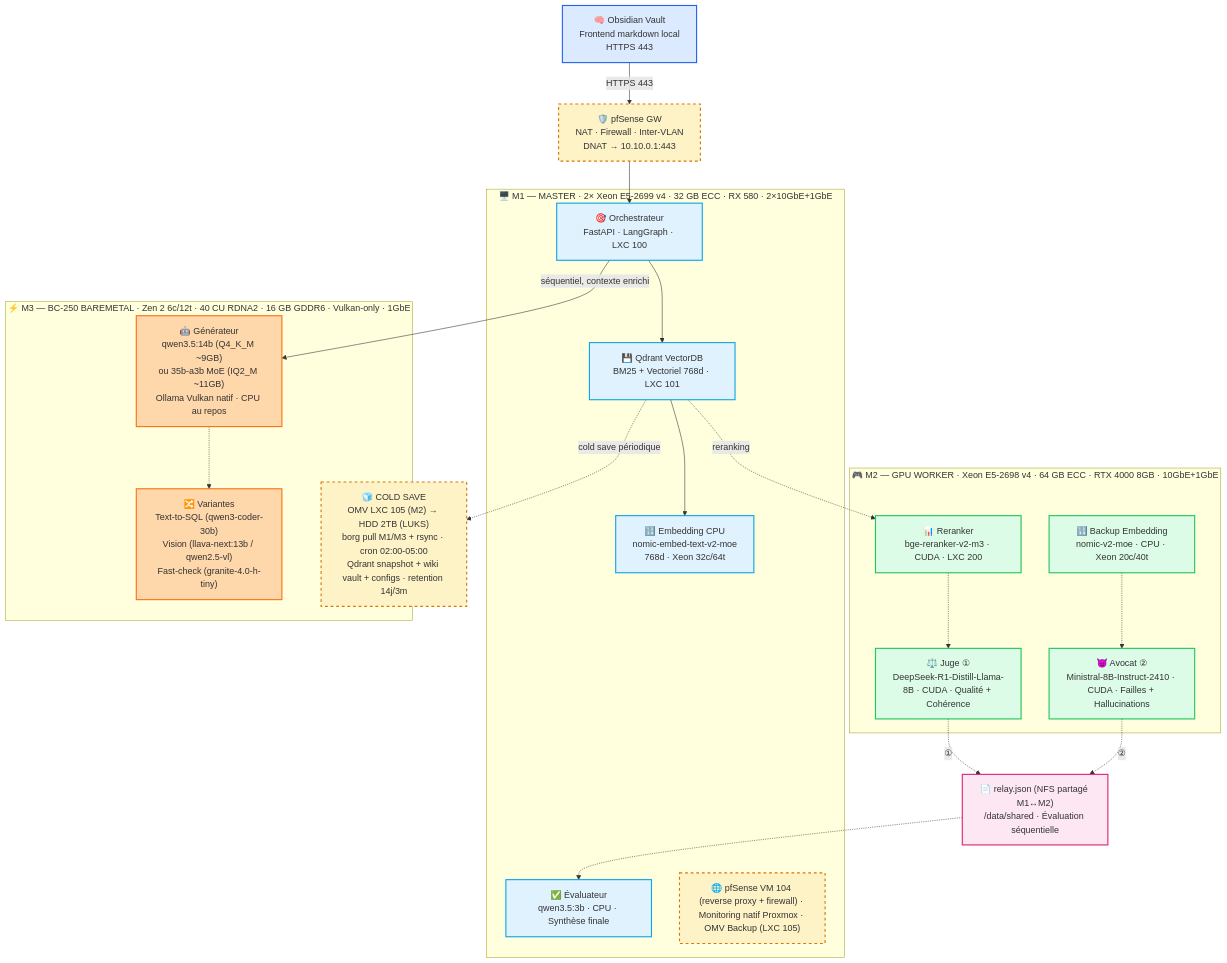
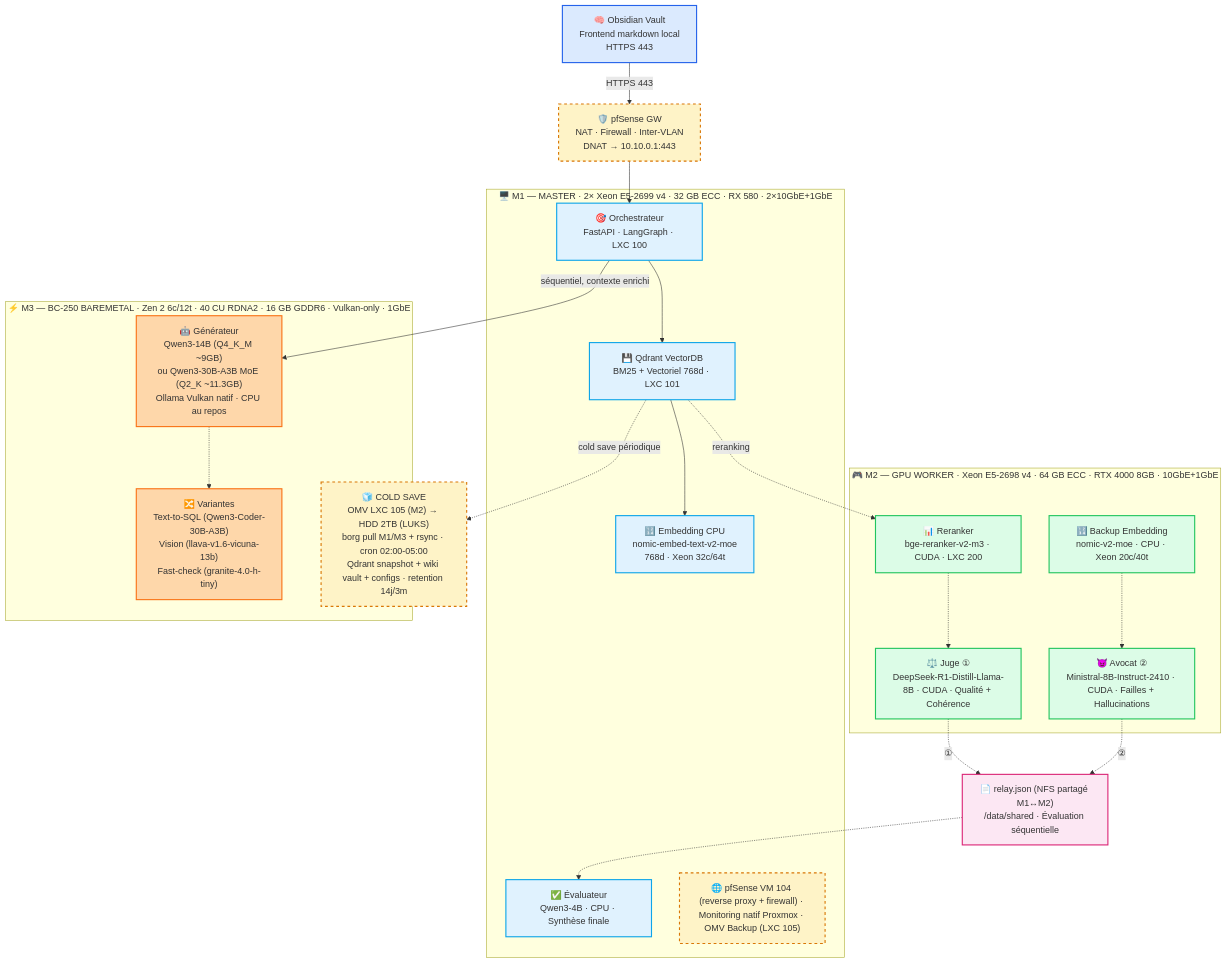
The diagram in docs/diagrams/01-cluster-overview.md (chelmooz/rag-multi-agent-cluster), drawn with Mermaid before and after one commit. The commit also changed 12 other files, not shown here.

Commit message:
C4.2: extension HF à tous les modèles — settings.py, .env, Mermaid, backlog, BRIEF §8, ROADMAP

````diff
--- a/docs/diagrams/01-cluster-overview.md
+++ b/docs/diagrams/01-cluster-overview.md
@@ -1,51 +1,51 @@
 ```mermaid
 flowchart TB
     classDef frontend fill:#dbeafe,stroke:#2563eb,stroke-width:2px
     classDef m1 fill:#e0f2fe,stroke:#0ea5e9,stroke-width:2px
     classDef m2 fill:#dcfce7,stroke:#22c55e,stroke-width:2px
     classDef m3 fill:#fed7aa,stroke:#f97316,stroke-width:2px
     classDef relay fill:#fce7f3,stroke:#db2777,stroke-width:2px
     classDef backup fill:#fef3c7,stroke:#d97706,stroke-width:2px,stroke-dasharray: 5 5
 
     Client["🧠 Obsidian Vault<br/>Frontend markdown local<br/>HTTPS 443"]:::frontend
     GW["🛡️ pfSense GW<br/>NAT · Firewall · Inter-VLAN<br/>DNAT → 10.10.0.1:443"]:::backup
 
     subgraph M1["🖥️ M1 — MASTER · 2× Xeon E5-2699 v4 · 32 GB ECC · RX 580 · 2×10GbE+1GbE"]
         Orch["🎯 Orchestrateur<br/>FastAPI · LangGraph · LXC 100"]:::m1
         Qdrant["💾 Qdrant VectorDB<br/>BM25 + Vectoriel 768d · LXC 101"]:::m1
         Embed["🔢 Embedding CPU<br/>nomic-embed-text-v2-moe<br/>768d · Xeon 32c/64t"]:::m1
-        Eval["✅ Évaluateur<br/>qwen3.5:3b · CPU · Synthèse finale"]:::m1
+        Eval["✅ Évaluateur<br/>Qwen3-4B · CPU · Synthèse finale"]:::m1
         Gate["🌐 pfSense VM 104 (reverse proxy + firewall) · Monitoring natif Proxmox · OMV Backup (LXC 105)"]:::backup
     end
 
     subgraph M2["🎮 M2 — GPU WORKER · Xeon E5-2698 v4 · 64 GB ECC · RTX 4000 8GB · 10GbE+1GbE"]
         Rerank["📊 Reranker<br/>bge-reranker-v2-m3 · CUDA · LXC 200"]:::m2
         Judge["⚖️ Juge ①<br/>DeepSeek-R1-Distill-Llama-8B · CUDA · Qualité + Cohérence"]:::m2
         Advocate["😈 Avocat ②<br/>Ministral-8B-Instruct-2410 · CUDA · Failles + Hallucinations"]:::m2
         BackupEmbed["🔢 Backup Embedding<br/>nomic-v2-moe · CPU · Xeon 20c/40t"]:::m2
     end
 
     subgraph M3["⚡ M3 — BC-250 BAREMETAL · Zen 2 6c/12t · 40 CU RDNA2 · 16 GB GDDR6 · Vulkan-only · 1GbE"]
-        Gen["🤖 Générateur<br/>qwen3.5:14b (Q4_K_M ~9GB)<br/>ou 35b-a3b MoE (IQ2_M ~11GB)<br/>Ollama Vulkan natif · CPU au repos"]:::m3
-        Variants["🔀 Variantes<br/>Text-to-SQL (qwen3-coder-30b)<br/>Vision (llava-next:13b / qwen2.5-vl)<br/>Fast-check (granite-4.0-h-tiny)"]:::m3
+        Gen["🤖 Générateur<br/>Qwen3-14B (Q4_K_M ~9GB)<br/>ou Qwen3-30B-A3B MoE (Q2_K ~11.3GB)<br/>Ollama Vulkan natif · CPU au repos"]:::m3
+        Variants["🔀 Variantes<br/>Text-to-SQL (Qwen3-Coder-30B-A3B)<br/>Vision (llava-v1.6-vicuna-13b)<br/>Fast-check (granite-4.0-h-tiny)"]:::m3
     end
 
     Relay["📄 relay.json (NFS partagé M1↔M2)<br/>/data/shared · Évaluation séquentielle"]:::relay
     Cold["🧊 COLD SAVE<br/>OMV LXC 105 (M2) → HDD 2TB (LUKS)<br/>borg pull M1/M3 + rsync · cron 02:00-05:00<br/>Qdrant snapshot + wiki vault + configs · retention 14j/3m"]:::backup
 
     Client -->|HTTPS 443| GW --> Orch
     Orch --> Qdrant --> Embed
     Orch -->|séquentiel, contexte enrichi| Gen
     Gen -.-> Variants
     Qdrant -.->|reranking| Rerank
     Rerank -.-> Judge
     Judge -.->|①| Relay
     Advocate -.->|②| Relay
     Relay -.-> Eval
     BackupEmbed -.-> Advocate
     Qdrant -.->|cold save périodique| Cold
 
     %% RÈGLE D'OR BC-250 : le CPU est le serviteur du GPU.
     %% Toute charge CPU = vol de bande passante mémoire au Générateur 14B.
     %% Embedding = M1 CPU (principal) / M2 CPU (backup).
 ```
````
